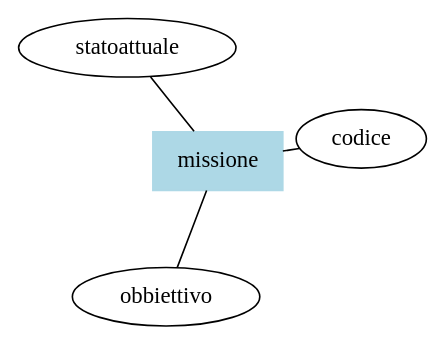
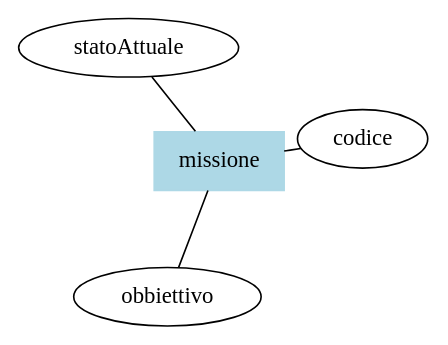
One commit to Air4x/Progetto-2024-25-DB changed the diagram in Modello-ER.dot. Above: the diagram before and after it, drawn with Graphviz. The commit also changed 2 other files, not shown here.

```diff
--- a/Modello-ER.dot
+++ b/Modello-ER.dot
@@ -1,15 +1,15 @@
 graph ER {
     layout=neato;
     overlap=false;
     // Entità
     /// Missione
     missione[shape="box", style=filled, color="lightblue"];
     missione_codice[label="codice"];
     missione_obbiettivo[label="obbiettivo"];
-    missione_statoattuale[label="statoattuale"];
+    missione_statoattuale[label="statoAttuale"];
     missione -- missione_codice;
     missione -- missione_obbiettivo;
     missione -- missione_statoattuale;
     // Relazioni
     // Varie ed Eventuali
 }
```
